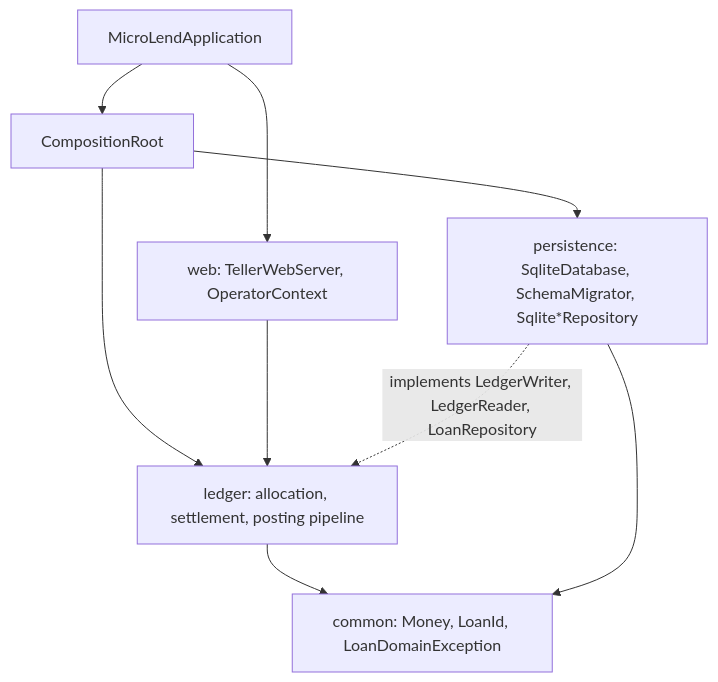
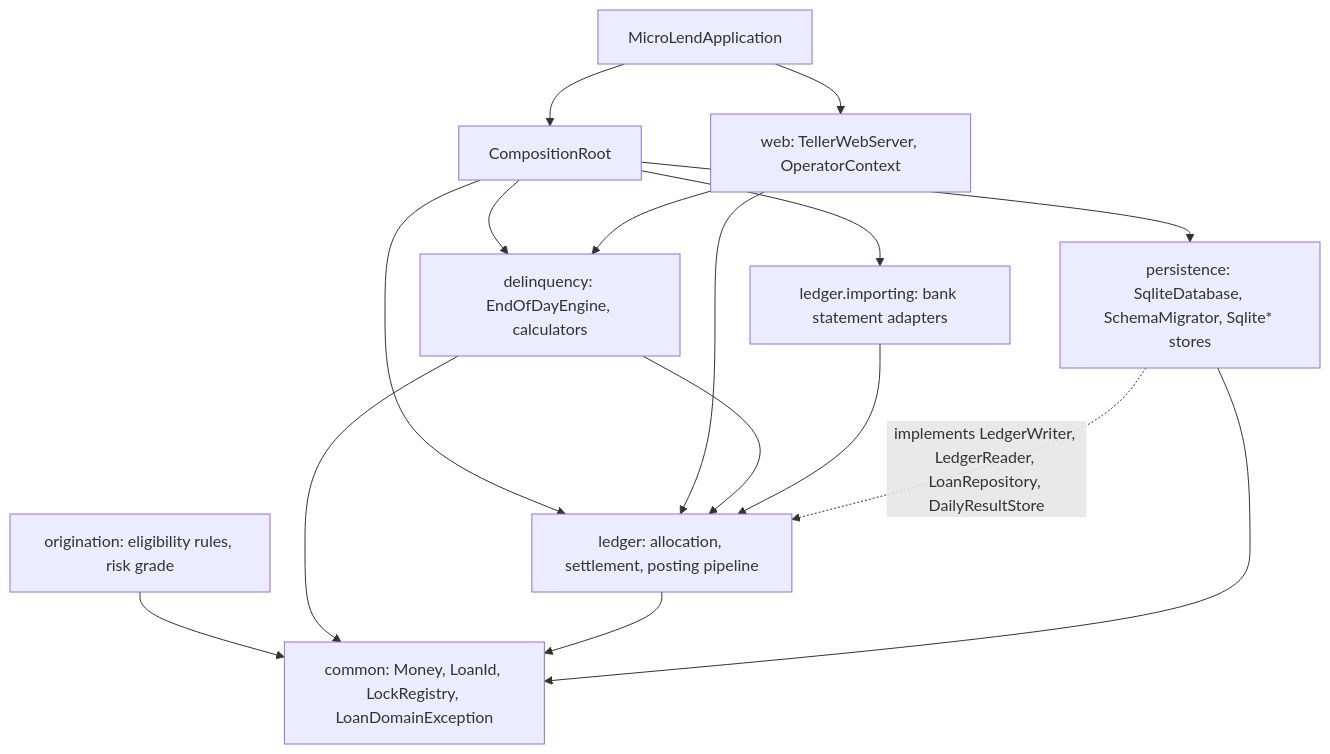
Before and after one commit to MicroLend-SE423/microlend: the first of 3 diagrams in docs/M2-SE423-Architecture-Implementation.md, drawn with Mermaid. The commit also changed other lines of this file and 1 other file, not shown here.

First line of the commit message:
docs: SE423 M2 report sections for origination, Adapter and concurrency

````diff
--- a/docs/M2-SE423-Architecture-Implementation.md
+++ b/docs/M2-SE423-Architecture-Implementation.md
@@ -29,17 +29,27 @@
 ```mermaid
 flowchart TB
     APP[MicroLendApplication]
     ROOT[CompositionRoot]
     WEB[web: TellerWebServer, OperatorContext]
+    ORG[origination: eligibility rules, risk grade]
+    DEL[delinquency: EndOfDayEngine, calculators]
+    IMP[ledger.importing: bank statement adapters]
     LED[ledger: allocation, settlement, posting pipeline]
-    PER[persistence: SqliteDatabase, SchemaMigrator, Sqlite*Repository]
-    COM[common: Money, LoanId, LoanDomainException]
+    PER[persistence: SqliteDatabase, SchemaMigrator, Sqlite* stores]
+    COM[common: Money, LoanId, LockRegistry, LoanDomainException]
     APP --> ROOT
     APP --> WEB
+    ROOT --> DEL
+    ROOT --> IMP
     ROOT --> LED
     ROOT --> PER
     WEB --> LED
+    WEB --> DEL
+    DEL --> LED
+    IMP --> LED
+    ORG --> COM
+    DEL --> COM
     LED --> COM
-    PER -.implements LedgerWriter, LedgerReader, LoanRepository.-> LED
+    PER -.implements LedgerWriter, LedgerReader, LoanRepository, DailyResultStore.-> LED
     PER --> COM
 ```
````
